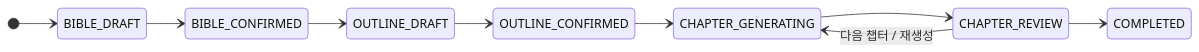
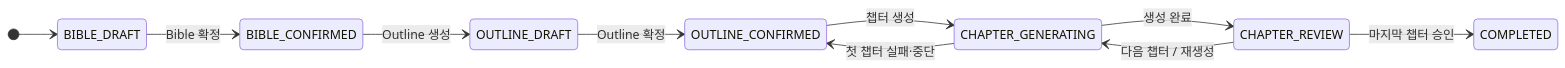
The first of 2 diagrams in README.md (samam0234/StoryForge_novelProject), drawn with Mermaid before and after one commit. The commit also changed other lines of this file and 1 other file, not shown here.

````diff
--- a/README.md
+++ b/README.md
@@ -39,12 +64,13 @@
 ```mermaid
 stateDiagram-v2
     direction LR
     [*] --> BIBLE_DRAFT
-    BIBLE_DRAFT --> BIBLE_CONFIRMED
-    BIBLE_CONFIRMED --> OUTLINE_DRAFT
-    OUTLINE_DRAFT --> OUTLINE_CONFIRMED
-    OUTLINE_CONFIRMED --> CHAPTER_GENERATING
-    CHAPTER_GENERATING --> CHAPTER_REVIEW
+    BIBLE_DRAFT --> BIBLE_CONFIRMED: Bible 확정
+    BIBLE_CONFIRMED --> OUTLINE_DRAFT: Outline 생성
+    OUTLINE_DRAFT --> OUTLINE_CONFIRMED: Outline 확정
+    OUTLINE_CONFIRMED --> CHAPTER_GENERATING: 챕터 생성
+    CHAPTER_GENERATING --> CHAPTER_REVIEW: 생성 완료
+    CHAPTER_GENERATING --> OUTLINE_CONFIRMED: 첫 챕터 실패·중단
     CHAPTER_REVIEW --> CHAPTER_GENERATING: 다음 챕터 / 재생성
-    CHAPTER_REVIEW --> COMPLETED
+    CHAPTER_REVIEW --> COMPLETED: 마지막 챕터 승인
 ```
````
